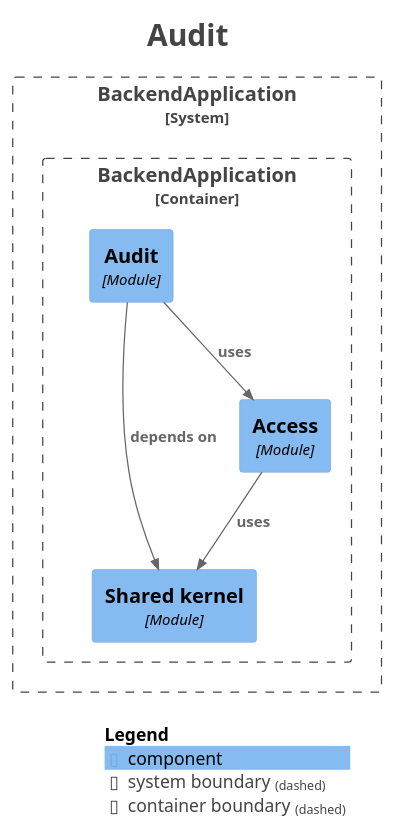
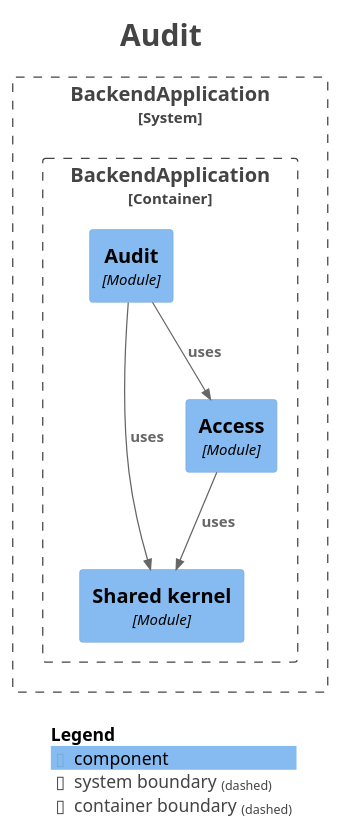
One commit to fxavier/restaurantePRO changed the diagram in docs/architecture/modules/module-audit.puml. Above: the diagram before and after it, drawn with PlantUML. The commit also changed 23 other files, not shown here.

```diff
--- a/docs/architecture/modules/module-audit.puml
+++ b/docs/architecture/modules/module-audit.puml
@@ -1,33 +1,33 @@
 @startuml
 title <size:24>Audit</size>
 
 set separator none
 top to bottom direction
 
 <style>
   root {
     BackgroundColor: #ffffff
     FontColor: #444444
   }
 </style>
 
 !include <C4/C4>
 !include <C4/C4_Context>
 !include <C4/C4_Component>
 
 System_Boundary("BackendApplication_boundary", "BackendApplication", $tags="") {
   Container_Boundary("BackendApplication.BackendApplication_boundary", "BackendApplication", $tags="") {
     Component(BackendApplication.BackendApplication.Sharedkernel, "Shared kernel", $techn="Module", $descr="", $tags="", $link="")
     Component(BackendApplication.BackendApplication.Access, "Access", $techn="Module", $descr="", $tags="", $link="")
     Component(BackendApplication.BackendApplication.Audit, "Audit", $techn="Module", $descr="", $tags="", $link="")
   }
 
 }
 
 Rel(BackendApplication.BackendApplication.Audit, BackendApplication.BackendApplication.Access, "uses", $techn="", $tags="", $link="")
+Rel(BackendApplication.BackendApplication.Audit, BackendApplication.BackendApplication.Sharedkernel, "uses", $techn="", $tags="", $link="")
 Rel(BackendApplication.BackendApplication.Access, BackendApplication.BackendApplication.Sharedkernel, "uses", $techn="", $tags="", $link="")
-Rel(BackendApplication.BackendApplication.Audit, BackendApplication.BackendApplication.Sharedkernel, "depends on", $techn="", $tags="", $link="")
 
 SHOW_LEGEND(true)
 hide stereotypes
 @enduml
```
